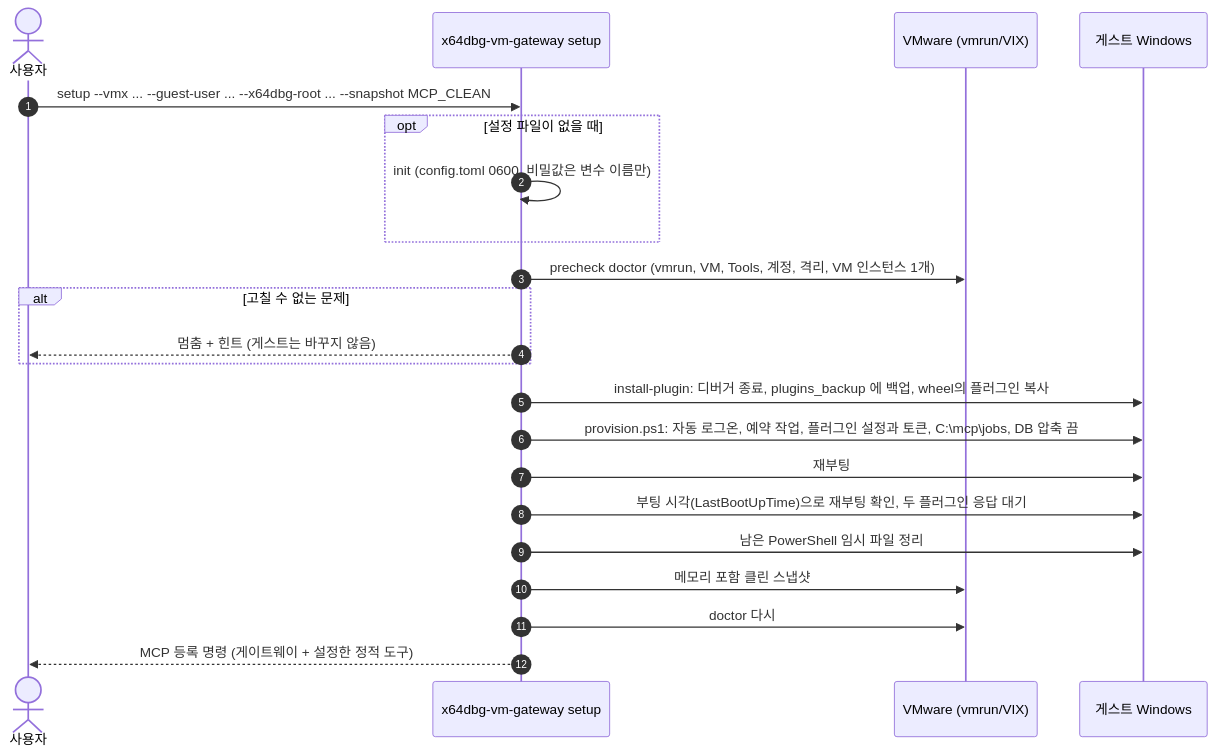
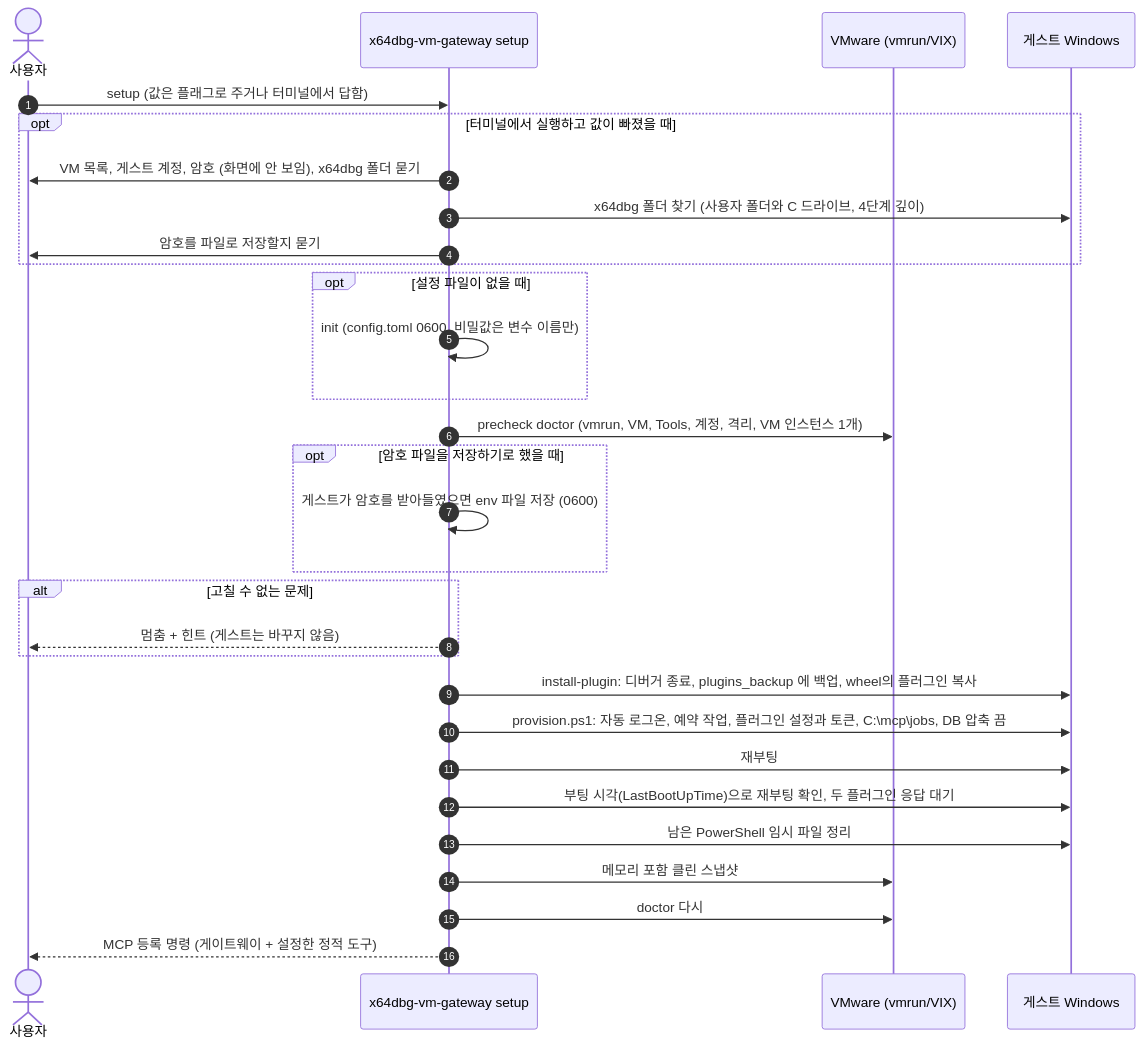
The seventh of 8 diagrams in README.md (saweol/x64dbg-mcp-server), drawn with Mermaid before and after one commit. The commit also changed other lines of this file, not shown here.

````diff
--- a/README.md
+++ b/README.md
@@ -549,25 +927,33 @@
 ```mermaid
 sequenceDiagram
     autonumber
     actor U as 사용자
     participant CLI as x64dbg-vm-gateway setup
     participant VM as VMware (vmrun/VIX)
     participant G as 게스트 Windows
 
-    U->>CLI: setup --vmx ... --guest-user ... --x64dbg-root ... --snapshot MCP_CLEAN
+    U->>CLI: setup (값은 플래그로 주거나 터미널에서 답함)
+    opt 터미널에서 실행하고 값이 빠졌을 때
+        CLI->>U: VM 목록, 게스트 계정, 암호 (화면에 안 보임), x64dbg 폴더 묻기
+        CLI->>G: x64dbg 폴더 찾기 (사용자 폴더와 C 드라이브, 4단계 깊이)
+        CLI->>U: 암호를 파일로 저장할지 묻기
+    end
     opt 설정 파일이 없을 때
         CLI->>CLI: init (config.toml 0600, 비밀값은 변수 이름만)
     end
     CLI->>VM: precheck doctor (vmrun, VM, Tools, 계정, 격리, VM 인스턴스 1개)
+    opt 암호 파일을 저장하기로 했을 때
+        CLI->>CLI: 게스트가 암호를 받아들였으면 env 파일 저장 (0600)
+    end
     alt 고칠 수 없는 문제
         CLI-->>U: 멈춤 + 힌트 (게스트는 바꾸지 않음)
     end
     CLI->>G: install-plugin: 디버거 종료, plugins_backup 에 백업, wheel의 플러그인 복사
     CLI->>G: provision.ps1: 자동 로그온, 예약 작업, 플러그인 설정과 토큰, C:\mcp\jobs, DB 압축 끔
     CLI->>G: 재부팅
     CLI->>G: 부팅 시각(LastBootUpTime)으로 재부팅 확인, 두 플러그인 응답 대기
     CLI->>G: 남은 PowerShell 임시 파일 정리
     CLI->>VM: 메모리 포함 클린 스냅샷
     CLI->>VM: doctor 다시
     CLI-->>U: MCP 등록 명령 (게이트웨이 + 설정한 정적 도구)
 ```
````
